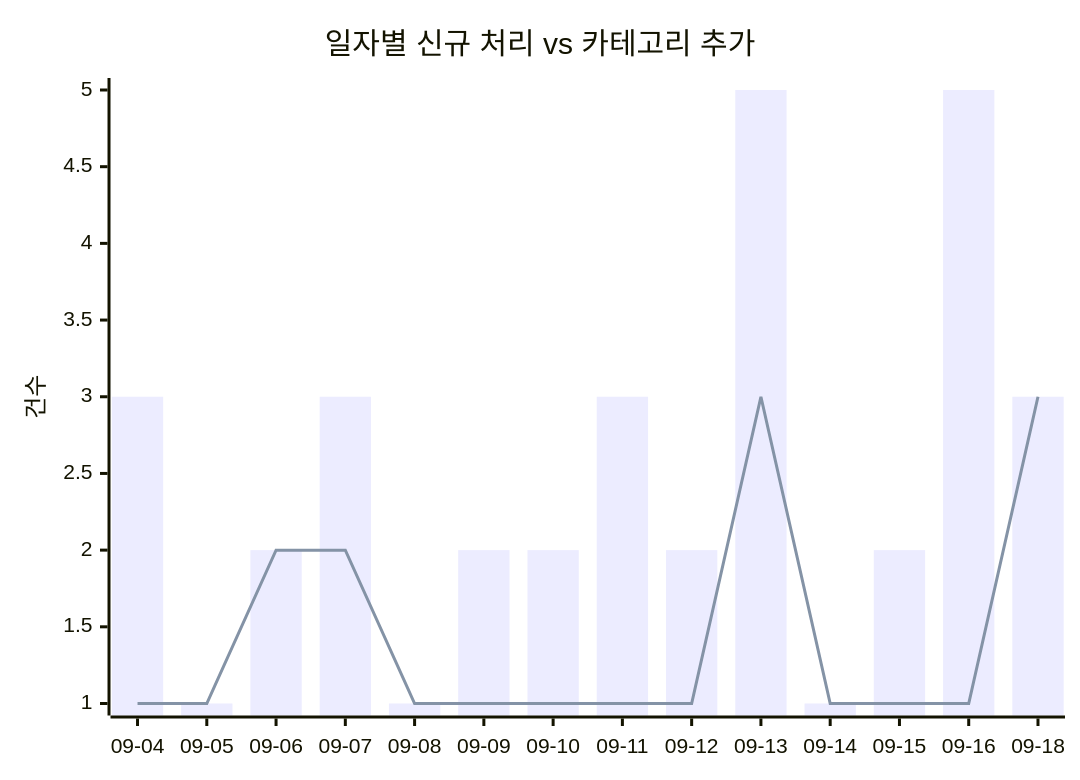
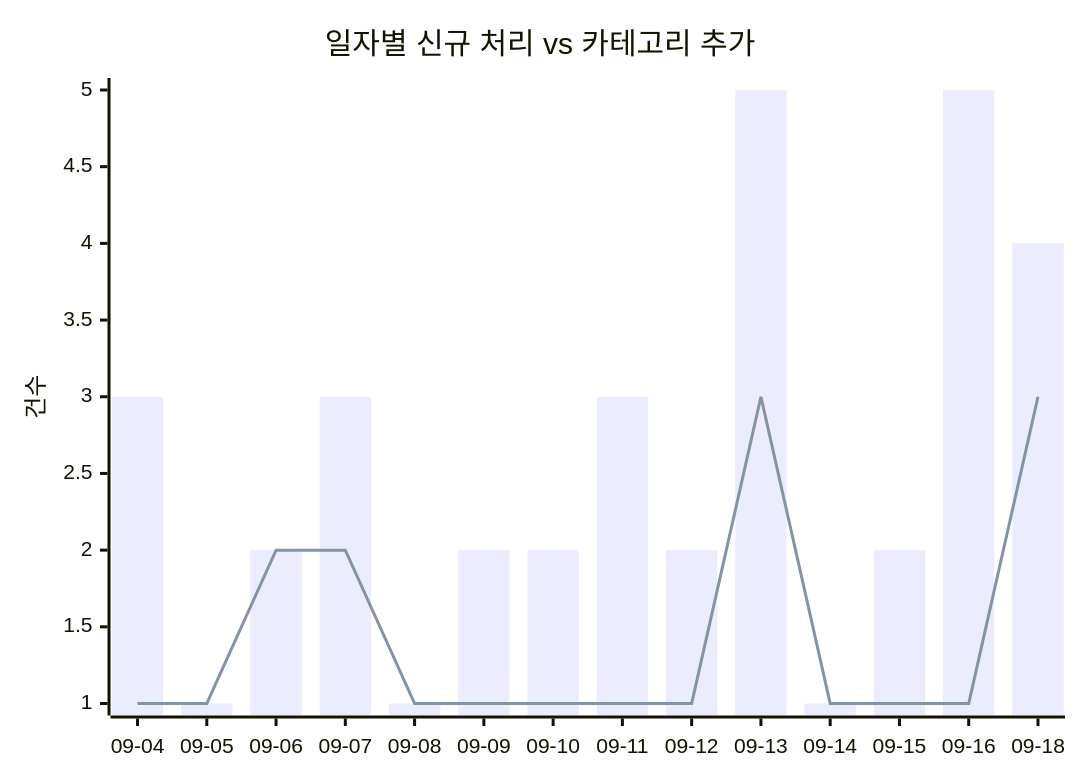
One commit to J-nowcow/awesome-korean-agent-skills changed the first of 2 diagrams in docs/trends.md. Above: the diagram before and after it, drawn with Mermaid. The commit also changed other lines of this file and 2 other files, not shown here.

````diff
--- a/docs/trends.md
+++ b/docs/trends.md
@@ -32,8 +32,8 @@
 ```mermaid
 xychart-beta
     title "일자별 신규 처리 vs 카테고리 추가"
     x-axis ["09-04","09-05","09-06","09-07","09-08","09-09","09-10","09-11","09-12","09-13","09-14","09-15","09-16","09-18"]
     y-axis "건수"
-    bar [3,1,2,3,1,2,2,3,2,5,1,2,5,3]
+    bar [3,1,2,3,1,2,2,3,2,5,1,2,5,4]
     line [1,1,2,2,1,1,1,1,1,3,1,1,1,3]
 ```
````
